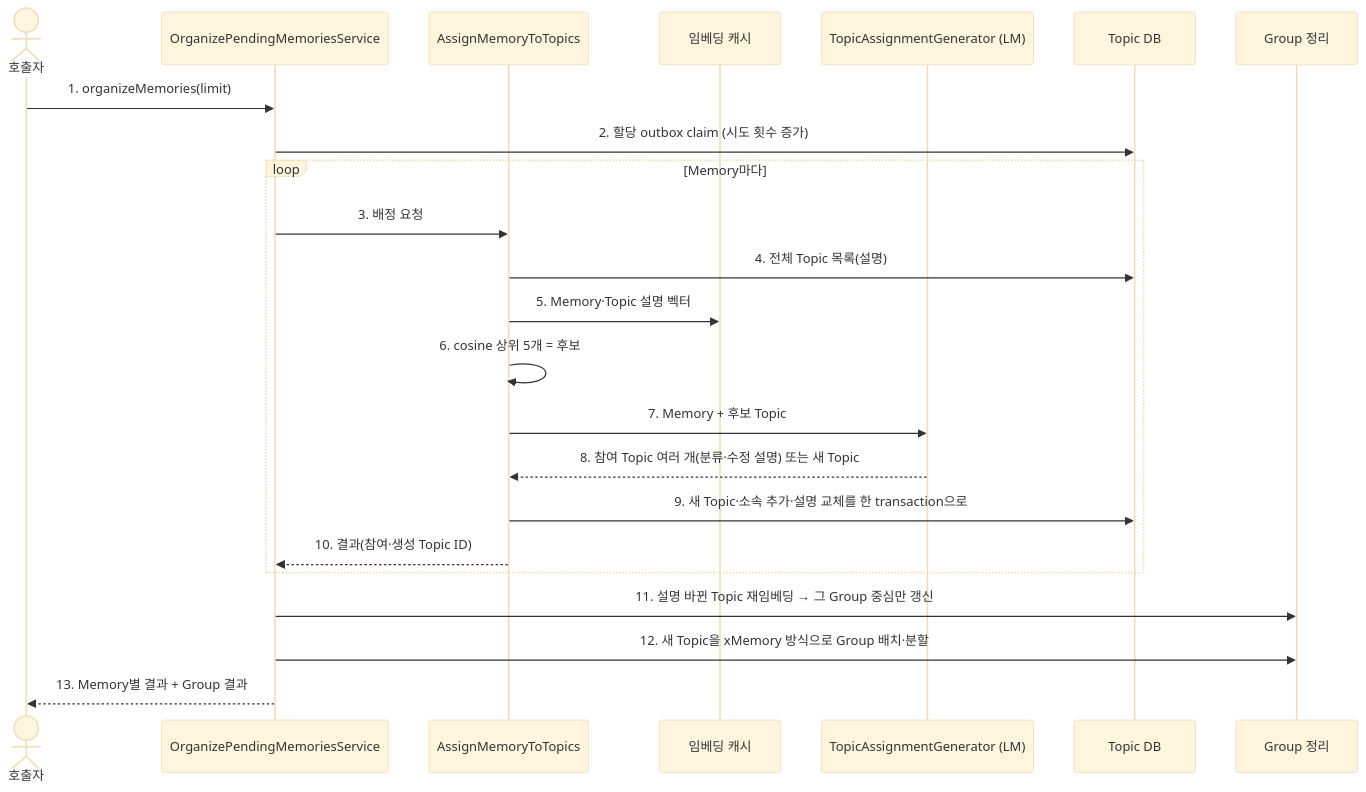
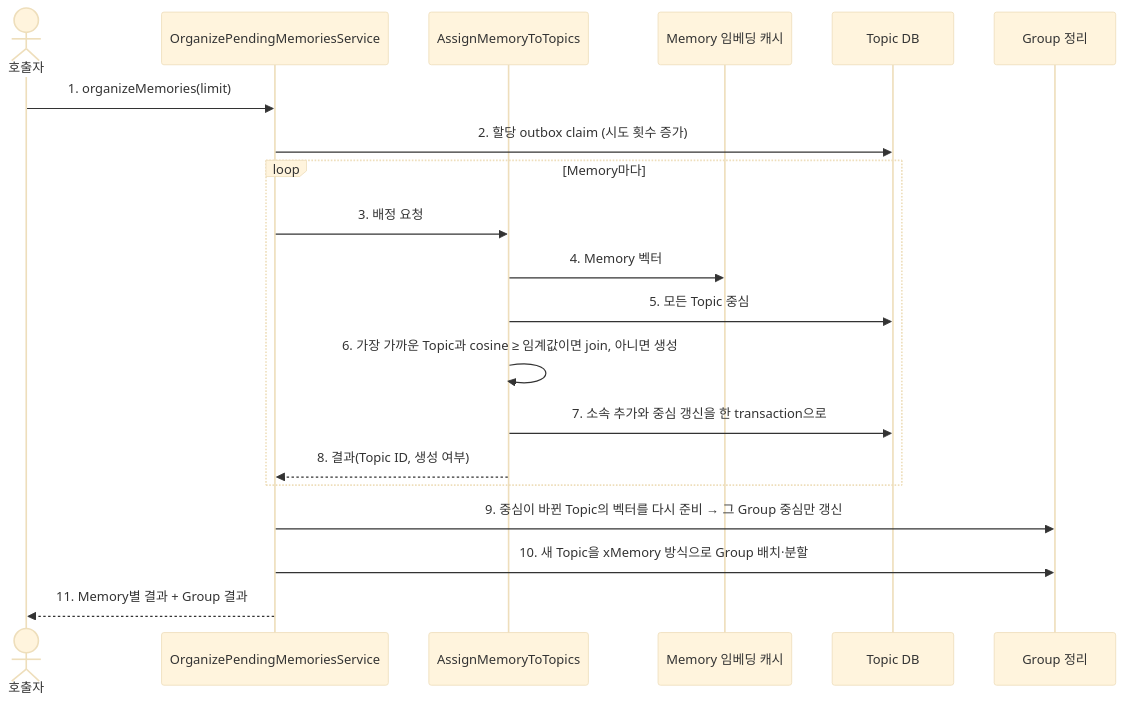
The diagram in application/src/main/kotlin/com/homeassistant/application/usecase/topic/README.md (magenta1223/home_assistant), drawn with Mermaid (base theme) before and after one commit. The commit also changed other lines of this file and 38 other files, not shown here.

First line of the commit message:
feat: assign memories to topic centroids by cosine similarity

````diff
--- a/application/src/main/kotlin/com/homeassistant/application/usecase/topic/README.md
+++ b/application/src/main/kotlin/com/homeassistant/application/usecase/topic/README.md
@@ -15,25 +15,22 @@
 ```mermaid
 sequenceDiagram
     actor Caller as 호출자
     participant Batch as OrganizePendingMemoriesService
     participant Assign as AssignMemoryToTopics
-    participant Embed as 임베딩 캐시
-    participant Model as TopicAssignmentGenerator (LM)
+    participant Embed as Memory 임베딩 캐시
     participant Store as Topic DB
     participant Groups as Group 정리
     Caller->>Batch: 1. organizeMemories(limit)
     Batch->>Store: 2. 할당 outbox claim (시도 횟수 증가)
     loop Memory마다
         Batch->>Assign: 3. 배정 요청
-        Assign->>Store: 4. 전체 Topic 목록(설명)
-        Assign->>Embed: 5. Memory·Topic 설명 벡터
-        Assign->>Assign: 6. cosine 상위 5개 = 후보
-        Assign->>Model: 7. Memory + 후보 Topic
-        Model-->>Assign: 8. 참여 Topic 여러 개(분류·수정 설명) 또는 새 Topic
-        Assign->>Store: 9. 새 Topic·소속 추가·설명 교체를 한 transaction으로
-        Assign-->>Batch: 10. 결과(참여·생성 Topic ID)
+        Assign->>Embed: 4. Memory 벡터
+        Assign->>Store: 5. 모든 Topic 중심
+        Assign->>Assign: 6. 가장 가까운 Topic과 cosine ≥ 임계값이면 join, 아니면 생성
+        Assign->>Store: 7. 소속 추가와 중심 갱신을 한 transaction으로
+        Assign-->>Batch: 8. 결과(Topic ID, 생성 여부)
     end
-    Batch->>Groups: 11. 설명 바뀐 Topic 재임베딩 → 그 Group 중심만 갱신
-    Batch->>Groups: 12. 새 Topic을 xMemory 방식으로 Group 배치·분할
-    Batch-->>Caller: 13. Memory별 결과 + Group 결과
+    Batch->>Groups: 9. 중심이 바뀐 Topic의 벡터를 다시 준비 → 그 Group 중심만 갱신
+    Batch->>Groups: 10. 새 Topic을 xMemory 방식으로 Group 배치·분할
+    Batch-->>Caller: 11. Memory별 결과 + Group 결과
 ```
````
